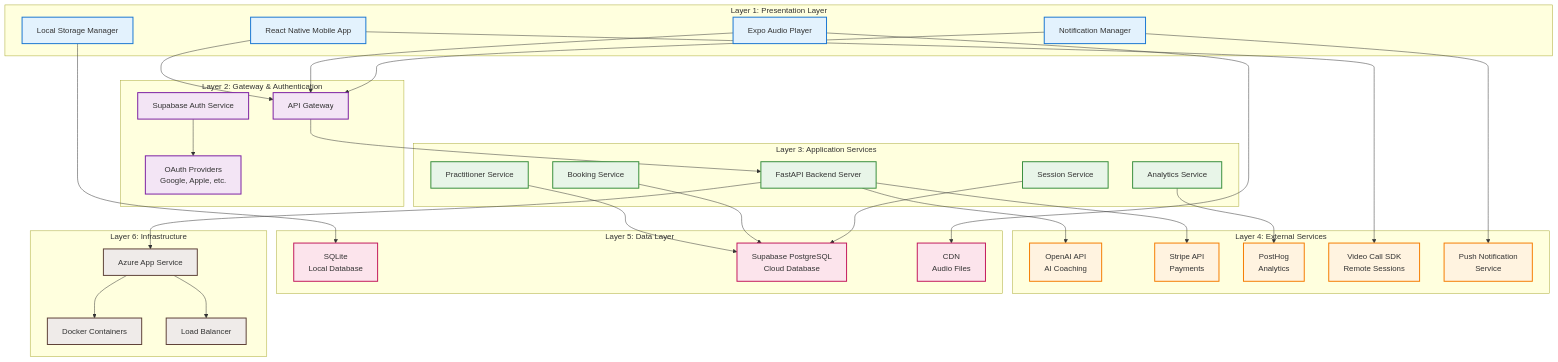
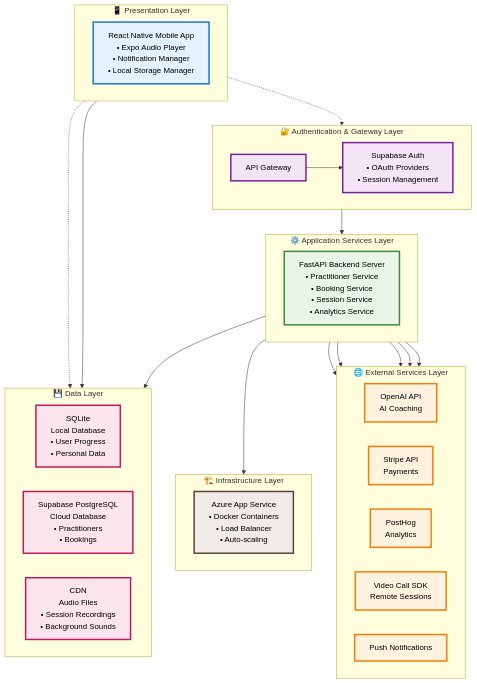
The diagram in breathwork-guide/01-planning/system-diagram.md (mjohnson139/four-part-vibe-planning), drawn with Mermaid before and after one commit. The commit also changed other lines of this file, not shown here.

Commit message:
Simplify system diagram to clean layered architecture format for better readability

````diff
--- a/breathwork-guide/01-planning/system-diagram.md
+++ b/breathwork-guide/01-planning/system-diagram.md
@@ -5,82 +5,71 @@
 ```mermaid
-flowchart TD
-    subgraph "Layer 1: Presentation Layer"
-        A[React Native Mobile App]
-        A1[Expo Audio Player]
-        A2[Notification Manager]
-        A3[Local Storage Manager]
+flowchart TB
+    subgraph "📱 Presentation Layer"
+        direction LR
+        Mobile[React Native Mobile App<br/>• Expo Audio Player<br/>• Notification Manager<br/>• Local Storage Manager]
     end
     
-    subgraph "Layer 2: Gateway & Authentication"
-        B[API Gateway]
-        B1[Supabase Auth Service]
-        B2[OAuth Providers<br/>Google, Apple, etc.]
+    subgraph "🔐 Authentication & Gateway Layer"
+        direction LR
+        Gateway[API Gateway] 
+        Auth[Supabase Auth<br/>• OAuth Providers<br/>• Session Management]
     end
     
-    subgraph "Layer 3: Application Services"
-        C[FastAPI Backend Server]
-        C1[Practitioner Service]
-        C2[Booking Service]
-        C3[Session Service]
-        C4[Analytics Service]
+    subgraph "⚙️ Application Services Layer"
+        direction LR
+        API[FastAPI Backend Server<br/>• Practitioner Service<br/>• Booking Service<br/>• Session Service<br/>• Analytics Service]
     end
     
-    subgraph "Layer 4: External Services"
-        E[OpenAI API<br/>AI Coaching]
-        F[Stripe API<br/>Payments]
-        G[PostHog<br/>Analytics]
-        H[Video Call SDK<br/>Remote Sessions]
-        I[Push Notification<br/>Service]
+    subgraph "🌐 External Services Layer"
+        direction LR
+        OpenAI[OpenAI API<br/>AI Coaching]
+        Stripe[Stripe API<br/>Payments]
+        PostHog[PostHog<br/>Analytics]
+        Video[Video Call SDK<br/>Remote Sessions]
+        Push[Push Notifications]
     end
     
-    subgraph "Layer 5: Data Layer"
-        D1[SQLite<br/>Local Database]
-        D2[Supabase PostgreSQL<br/>Cloud Database]
-        D3[CDN<br/>Audio Files]
+    subgraph "💾 Data Layer"
+        direction LR
+        LocalDB[SQLite<br/>Local Database<br/>• User Progress<br/>• Personal Data]
+        CloudDB[Supabase PostgreSQL<br/>Cloud Database<br/>• Practitioners<br/>• Bookings]
+        CDN[CDN<br/>Audio Files<br/>• Session Recordings<br/>• Background Sounds]
     end
     
-    subgraph "Layer 6: Infrastructure"
-        J[Azure App Service]
-        K[Docker Containers]
-        L[Load Balancer]
+    subgraph "🏗️ Infrastructure Layer"
+        direction LR
+        Azure[Azure App Service<br/>• Docker Containers<br/>• Load Balancer<br/>• Auto-scaling]
     end
     
-    %% Layer connections
-    A --> B
-    A1 --> B
-    A2 --> B
-    A3 --> D1
+    %% Layer connections with cleaner flow
+    Mobile -.-> Gateway
+    Gateway --> Auth
+    Gateway --> API
     
-    B --> C
-    B1 --> B2
+    API --> OpenAI
+    API --> Stripe
+    API --> PostHog
+    API --> Video
+    API --> Push
     
-    C --> E
-    C --> F
-    C1 --> D2
-    C2 --> D2
-    C3 --> D2
-    C4 --> G
+    Mobile --> LocalDB
+    API --> CloudDB
+    Mobile -.-> CDN
     
-    A --> H
-    A2 --> I
-    A1 --> D3
+    API --> Azure
     
-    C --> J
-    J --> K
-    J --> L
+    %% Styling for better visual separation
+    classDef presentation fill:#e3f2fd,stroke:#1976d2,stroke-width:3px,color:#000
+    classDef gateway fill:#f3e5f5,stroke:#7b1fa2,stroke-width:3px,color:#000
+    classDef services fill:#e8f5e8,stroke:#388e3c,stroke-width:3px,color:#000
+    classDef external fill:#fff3e0,stroke:#f57c00,stroke-width:3px,color:#000
+    classDef data fill:#fce4ec,stroke:#c2185b,stroke-width:3px,color:#000
+    classDef infrastructure fill:#efebe9,stroke:#5d4037,stroke-width:3px,color:#000
     
-    %% Styling
-    classDef presentation fill:#e3f2fd,stroke:#1976d2,stroke-width:2px
-    classDef gateway fill:#f3e5f5,stroke:#7b1fa2,stroke-width:2px
-    classDef services fill:#e8f5e8,stroke:#388e3c,stroke-width:2px
-    classDef external fill:#fff3e0,stroke:#f57c00,stroke-width:2px
-    classDef data fill:#fce4ec,stroke:#c2185b,stroke-width:2px
-    classDef infrastructure fill:#efebe9,stroke:#5d4037,stroke-width:2px
-    
-    class A,A1,A2,A3 presentation
-    class B,B1,B2 gateway
-    class C,C1,C2,C3,C4 services
-    class E,F,G,H,I external
-    class D1,D2,D3 data
-    class J,K,L infrastructure
+    class Mobile presentation
+    class Gateway,Auth gateway
+    class API services
+    class OpenAI,Stripe,PostHog,Video,Push external
+    class LocalDB,CloudDB,CDN data
+    class Azure infrastructure
 ```
````
